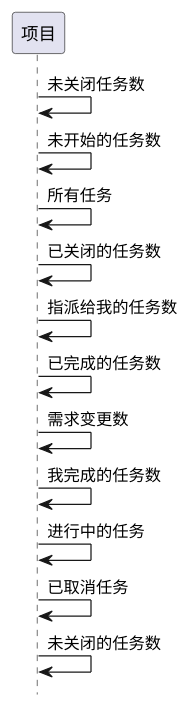
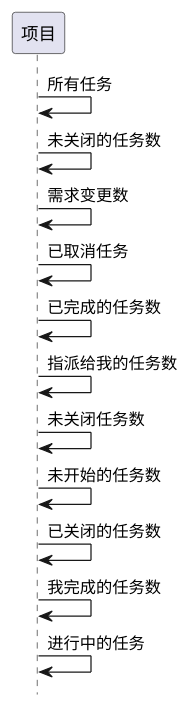
Before and after one commit to zj335841911/nt_chandao: the sixth of 17 diagrams in ibizpms-docs/src/main/doc/v1/module/zentao/Project_old.md, drawn with PlantUML. The commit also changed other lines of this file and 2125 other files, not shown here.

```diff
--- a/ibizpms-docs/src/main/doc/v1/module/zentao/Project_old.md
+++ b/ibizpms-docs/src/main/doc/v1/module/zentao/Project_old.md
@@ -352,15 +352,15 @@
 {% plantuml %}
 hide footbox
 
+项目 -> 项目: 所有任务
+项目 -> 项目: 未关闭的任务数
+项目 -> 项目: 需求变更数
+项目 -> 项目: 已取消任务
+项目 -> 项目: 已完成的任务数
+项目 -> 项目: 指派给我的任务数
 项目 -> 项目: 未关闭任务数
 项目 -> 项目: 未开始的任务数
-项目 -> 项目: 所有任务
 项目 -> 项目: 已关闭的任务数
-项目 -> 项目: 指派给我的任务数
-项目 -> 项目: 已完成的任务数
-项目 -> 项目: 需求变更数
 项目 -> 项目: 我完成的任务数
 项目 -> 项目: 进行中的任务
-项目 -> 项目: 已取消任务
-项目 -> 项目: 未关闭的任务数
 {% endplantuml %}
```
